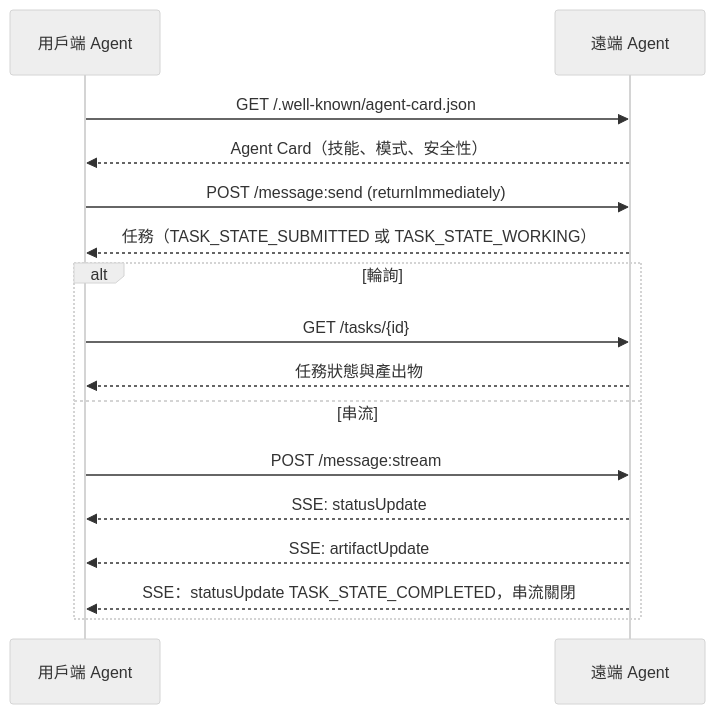
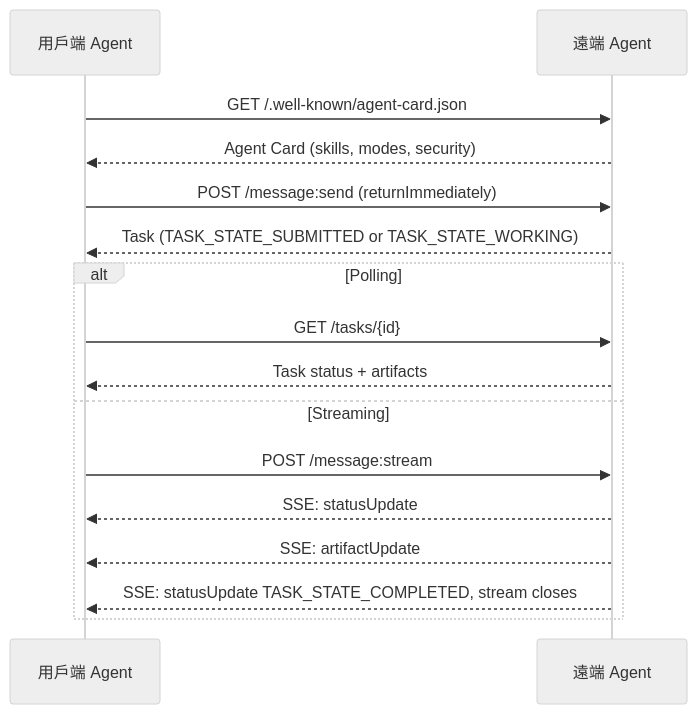
The third of 13 diagrams in i18n/zh-TW/phases/16-multi-agent-and-swarms/03-communication-protocols/docs/zh-TW.md (edward821220/ai-engineering-from-scratch), drawn with Mermaid (neutral theme) before and after one commit. The commit also changed other lines of this file and 3 other files, not shown here.

Commit message:
fix(i18n): zh-TW p16 checker cleanup (mermaid edges + URL spans)

````diff
--- a/i18n/zh-TW/phases/16-multi-agent-and-swarms/03-communication-protocols/docs/zh-TW.md
+++ b/i18n/zh-TW/phases/16-multi-agent-and-swarms/03-communication-protocols/docs/zh-TW.md
@@ -77,21 +77,21 @@
 ```mermaid
 sequenceDiagram
     participant Client as 用戶端 Agent
     participant Remote as 遠端 Agent
 
     Client->>Remote: GET /.well-known/agent-card.json
-    Remote-->>Client: Agent Card（技能、模式、安全性）
+    Remote-->>Client: Agent Card (skills, modes, security)
 
     Client->>Remote: POST /message:send (returnImmediately)
-    Remote-->>Client: 任務（TASK_STATE_SUBMITTED 或 TASK_STATE_WORKING）
+    Remote-->>Client: Task (TASK_STATE_SUBMITTED or TASK_STATE_WORKING)
 
-    alt 輪詢
+    alt Polling
         Client->>Remote: GET /tasks/{id}
-        Remote-->>Client: 任務狀態與產出物
-    else 串流
+        Remote-->>Client: Task status + artifacts
+    else Streaming
         Client->>Remote: POST /message:stream
         Remote-->>Client: SSE: statusUpdate
         Remote-->>Client: SSE: artifactUpdate
-        Remote-->>Client: SSE：statusUpdate TASK_STATE_COMPLETED，串流關閉
+        Remote-->>Client: SSE: statusUpdate TASK_STATE_COMPLETED, stream closes
     end
 ```
````
